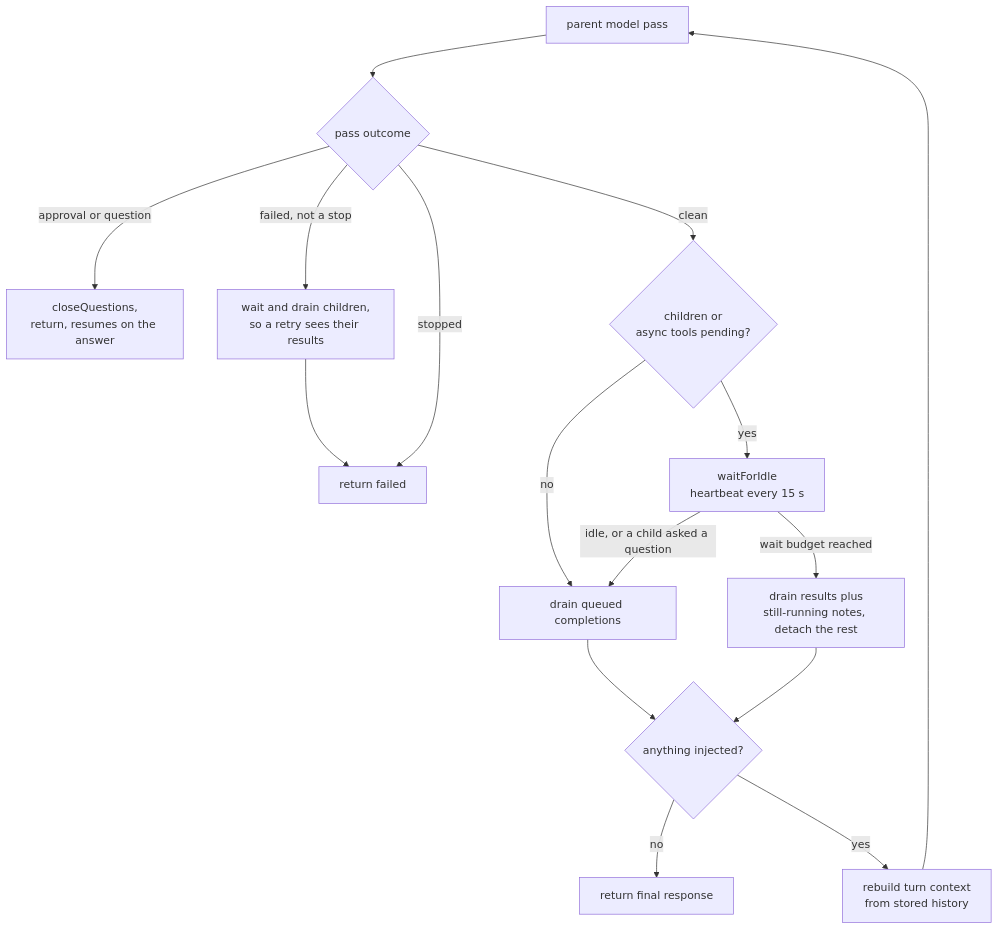
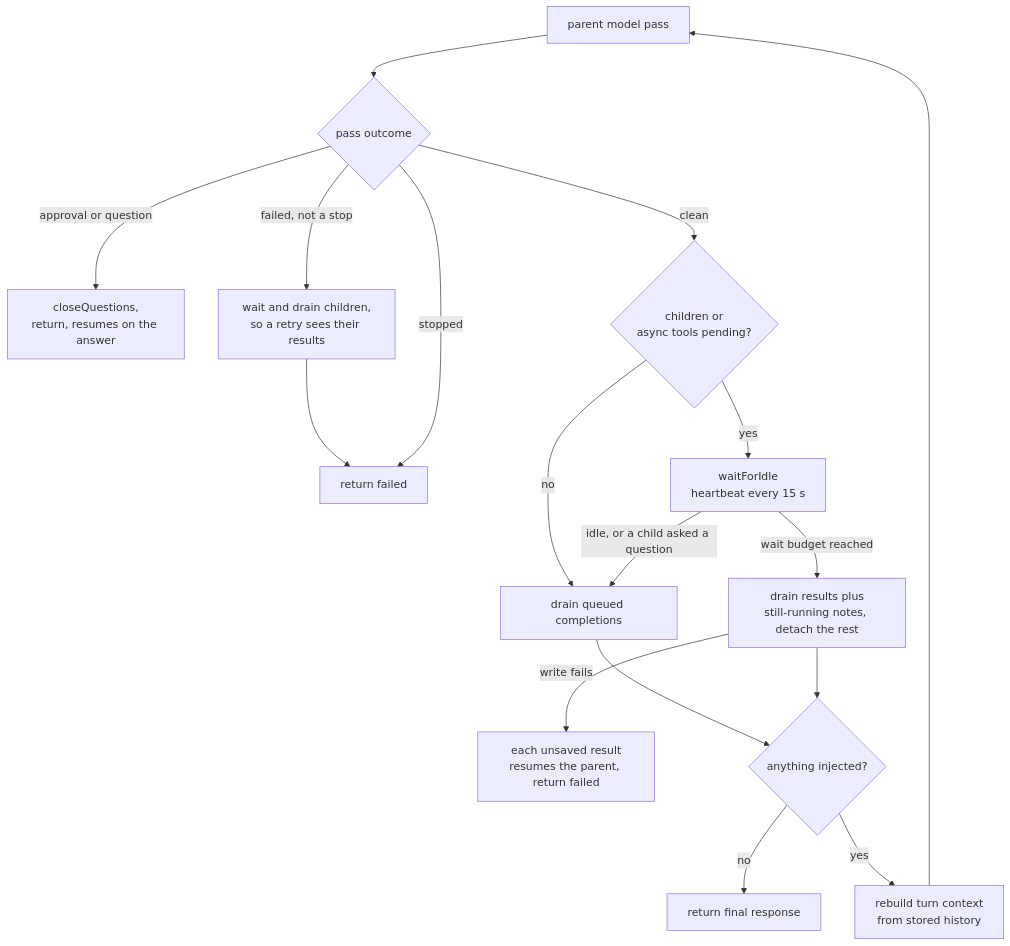
One commit to beeblastco/broods changed the first of 7 diagrams in apps/docs/docs/internals/subagents.md. Above: the diagram before and after it, drawn with Mermaid. The commit also changed other lines of this file and 4 other files, not shown here.

````diff
--- a/apps/docs/docs/internals/subagents.md
+++ b/apps/docs/docs/internals/subagents.md
@@ -19,18 +19,19 @@
 ```mermaid
 flowchart TD
   Pass["parent model pass"] --> Out{"pass outcome"}
   Out -->|"approval or question"| Park["closeQuestions,<br/>return, resumes on the answer"]
   Out -->|"failed, not a stop"| Keep["wait and drain children,<br/>so a retry sees their results"]
   Keep --> Failed["return failed"]
   Out -->|"stopped"| Failed
   Out -->|"clean"| Pend{"children or<br/>async tools pending?"}
   Pend -->|"no"| Drain["drain queued completions"]
   Pend -->|"yes"| Wait["waitForIdle<br/>heartbeat every 15 s"]
   Wait -->|"idle, or a child asked a question"| Drain
   Wait -->|"wait budget reached"| Timeout["drain results plus<br/>still-running notes, detach the rest"]
+  Timeout -->|"write fails"| Lost["each unsaved result<br/>resumes the parent, return failed"]
   Drain --> Inj{"anything injected?"}
   Timeout --> Inj
   Inj -->|"no"| Done["return final response"]
   Inj -->|"yes"| Rebuild["rebuild turn context<br/>from stored history"]
   Rebuild --> Pass
 ```
````
